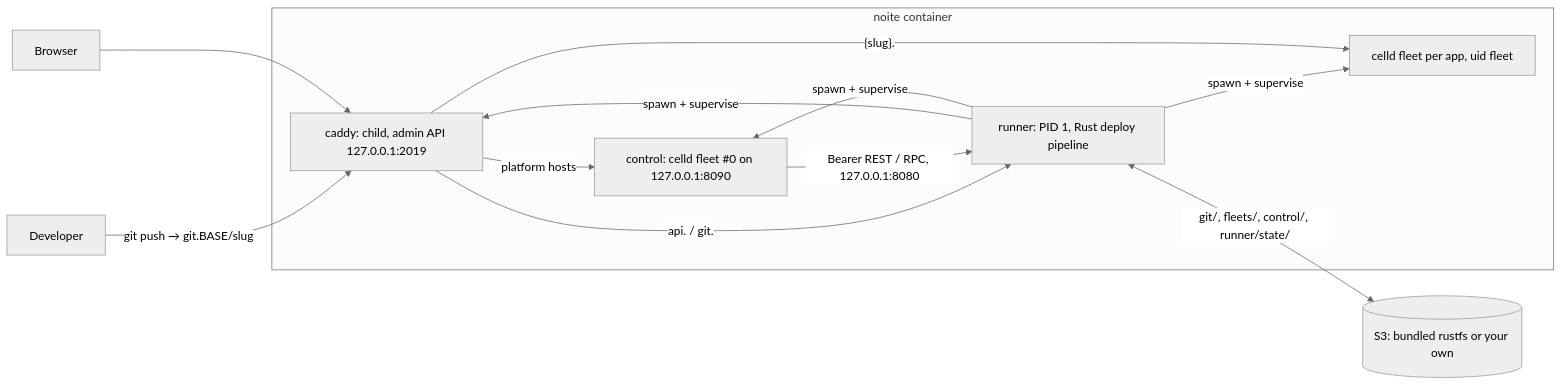
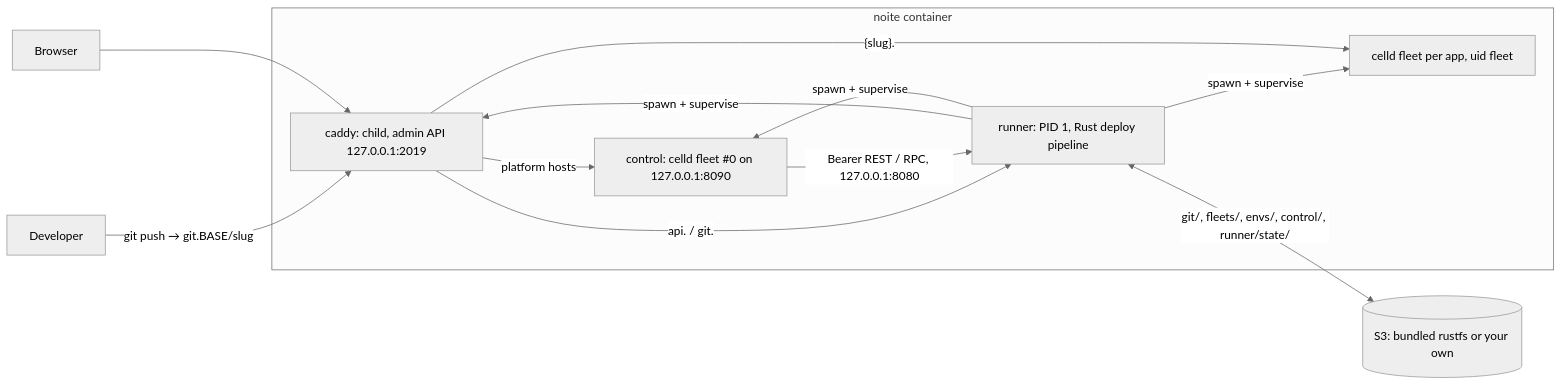
One commit to ryuzcorp/noite changed the diagram in SPEC.md. Above: the diagram before and after it, drawn with Mermaid (neutral theme). The commit also changed other lines of this file and 260 other files, not shown here.

````diff
--- a/SPEC.md
+++ b/SPEC.md
@@ -23,19 +23,19 @@
 ```mermaid
 flowchart LR
   dev[Developer] -->|git push → git.BASE/slug| edge
   user[Browser] --> edge
   subgraph noite[noite container]
     runner[runner: PID 1, Rust deploy pipeline]
     edge[caddy: child, admin API 127.0.0.1:2019]
     control[control: celld fleet #0 on 127.0.0.1:8090]
     fleet[celld fleet per app, uid fleet]
     runner -->|spawn + supervise| edge
     runner -->|spawn + supervise| control
     runner -->|spawn + supervise| fleet
     edge -->|platform hosts| control
     edge -->|api. / git.| runner
     edge -->|"{slug}."| fleet
     control -->|Bearer REST / RPC, 127.0.0.1:8080| runner
   end
-  runner <-->|git/, fleets/, control/, runner/state/| s3[(S3: bundled rustfs or your own)]
+  runner <-->|git/, fleets/, envs/, control/, runner/state/| s3[(S3: bundled rustfs or your own)]
 ```
````
